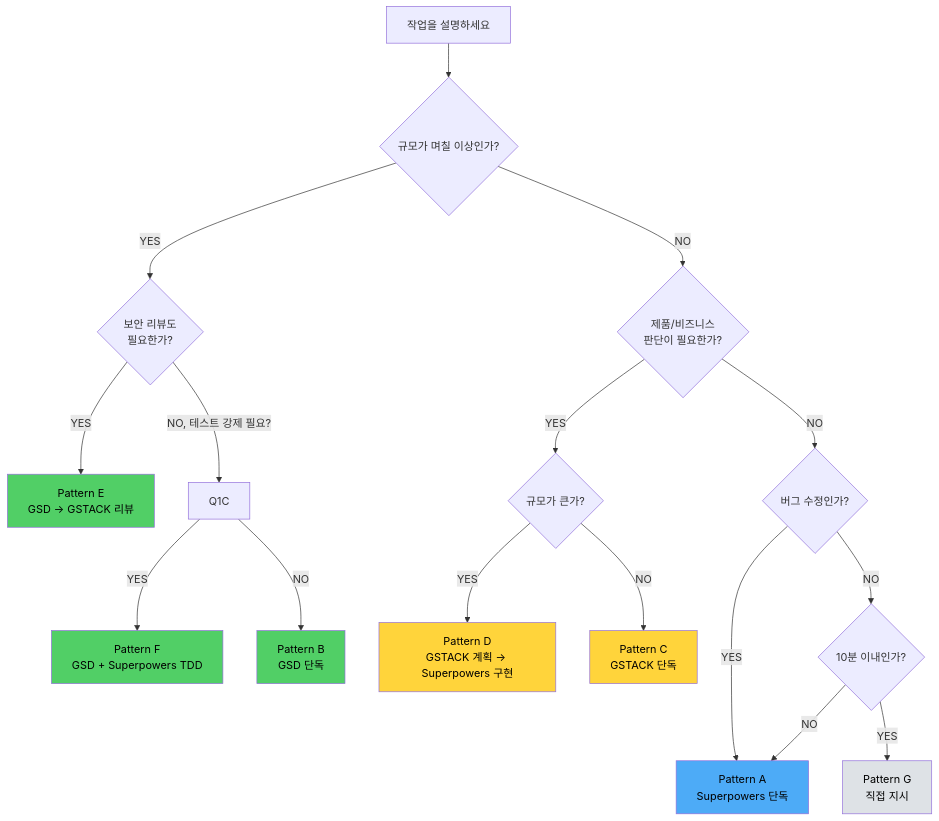
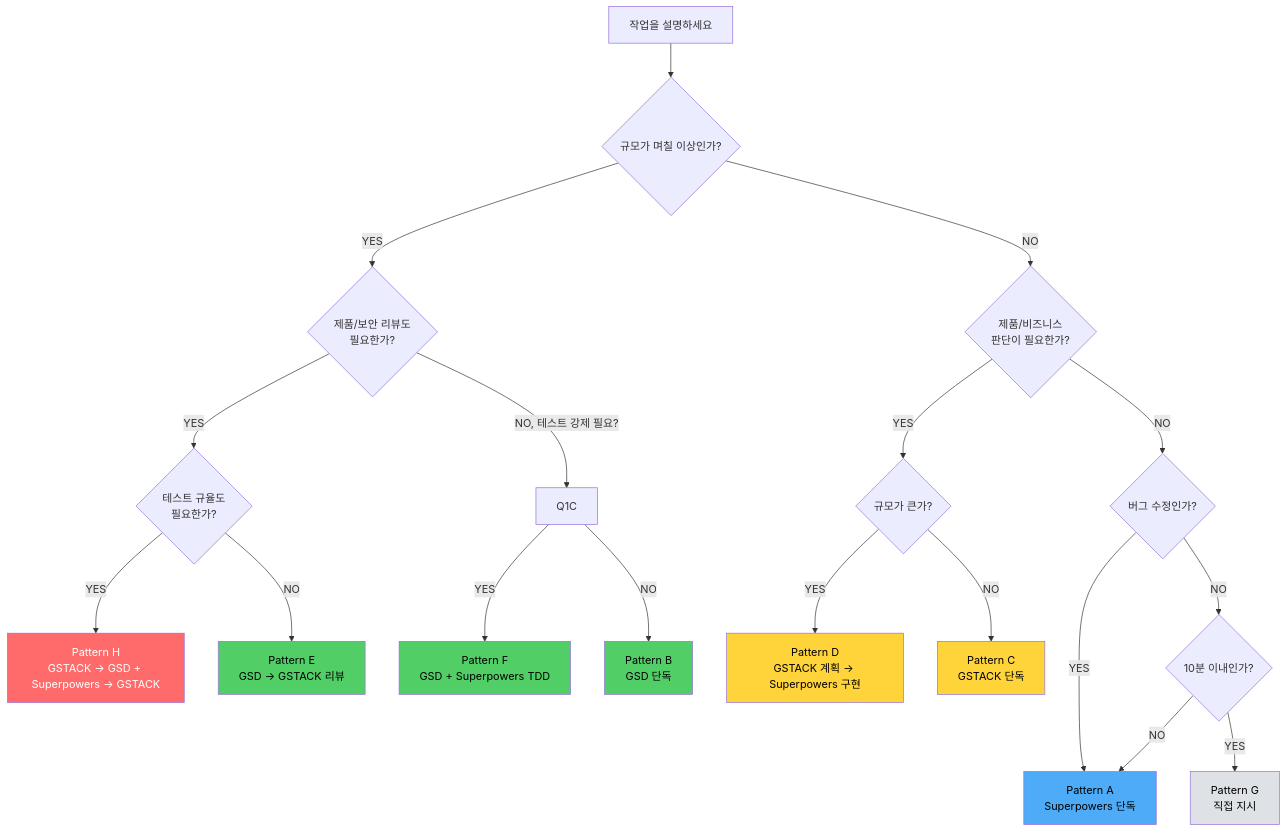
One commit to kji6252/kji6252.github.io changed the fourth of 4 diagrams in _posts/2026-04-25-claude-code-orchestration-frameworks.md. Above: the diagram before and after it, drawn with Mermaid. The commit also changed other lines of this file, not shown here.

````diff
--- a/_posts/2026-04-25-claude-code-orchestration-frameworks.md
+++ b/_posts/2026-04-25-claude-code-orchestration-frameworks.md
@@ -974,30 +992,33 @@
 ```mermaid
 flowchart TD
     START["작업을 설명하세요"] --> Q1{"규모가 며칠 이상인가?"}
 
-    Q1 -->|YES| Q1B{"보안 리뷰도<br/>필요한가?"}
-    Q1B -->|YES| PE["Pattern E<br/>GSD → GSTACK 리뷰"]
+    Q1 -->|YES| Q1B{"제품/보안 리뷰도<br/>필요한가?"}
+    Q1B -->|YES| Q1B2{"테스트 규율도<br/>필요한가?"}
+    Q1B2 -->|YES| PH["Pattern H<br/>GSTACK → GSD + Superpowers → GSTACK"]
+    Q1B2 -->|NO| PE["Pattern E<br/>GSD → GSTACK 리뷰"]
     Q1B -->|"NO, 테스트 강제 필요?"| Q1C
     Q1C -->|YES| PF["Pattern F<br/>GSD + Superpowers TDD"]
     Q1C -->|NO| PB["Pattern B<br/>GSD 단독"]
 
     Q1 -->|NO| Q2{"제품/비즈니스<br/>판단이 필요한가?"}
 
     Q2 -->|YES| Q2B{"규모가 큰가?"}
     Q2B -->|YES| PD["Pattern D<br/>GSTACK 계획 → Superpowers 구현"]
     Q2B -->|NO| PC["Pattern C<br/>GSTACK 단독"]
 
     Q2 -->|NO| Q3{"버그 수정인가?"}
     Q3 -->|YES| PA["Pattern A<br/>Superpowers 단독"]
     Q3 -->|NO| Q4{"10분 이내인가?"}
     Q4 -->|YES| PG["Pattern G<br/>직접 지시"]
     Q4 -->|NO| PA
 
     style PB fill:#51cf66,color:#000
     style PE fill:#51cf66,color:#000
     style PF fill:#51cf66,color:#000
+    style PH fill:#ff6b6b,color:#fff
     style PD fill:#ffd43b,color:#000
     style PC fill:#ffd43b,color:#000
     style PA fill:#4dabf7,color:#000
     style PG fill:#dee2e6,color:#000
 ```
````
